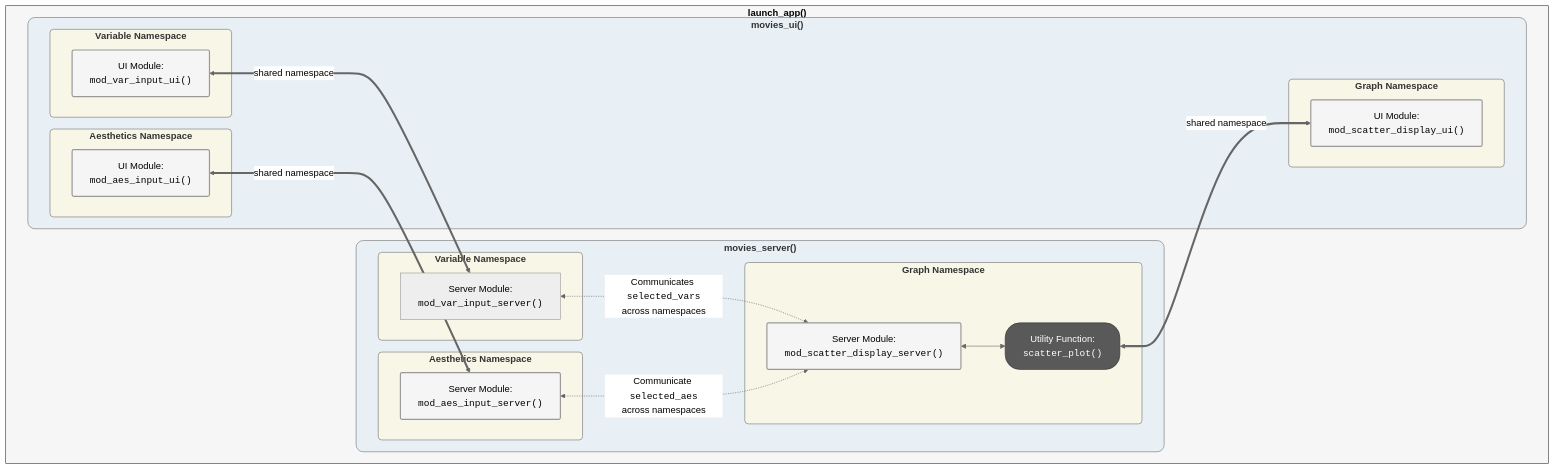
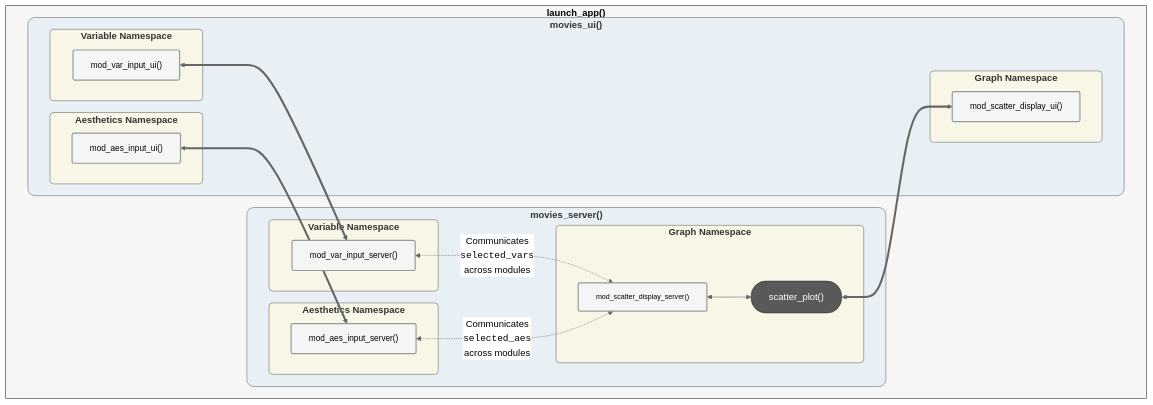
One commit to mjfrigaard/shiny-app-pkgs changed the second of 2 diagrams in logging.qmd. Above: the diagram before and after it, drawn with Mermaid. The commit also changed other lines of this file and 34 other files, not shown here.

````diff
--- a/logging.qmd
+++ b/logging.qmd
@@ -755,59 +796,60 @@
 ```{mermaid}
 %%| fig-align: center
 %%| fig-cap: 'Primary `launch_app()` app'
 %%{init: {'theme': 'neutral', 'themeVariables': { 'fontFamily': 'monospace', "fontSize":"16px"}}}%%
 flowchart TD
     subgraph Launch["<strong>launch_app()</strong>"]
         subgraph Server["<strong>movies_server()</strong>"]
             subgraph VarServerNS["<strong>Variable Namespace<strong>"]
-                VarInpuServer["Server Module:<br><code>mod_var_input_server()</code>"]
+                VarInpuServer["mod_var_input_server()"]
             end
             subgraph AesServerNS["<strong>Aesthetics Namespace<strong>"]
-                AesInpuServer["Server Module:<br><code>mod_aes_input_server()</code>"]
+                AesInpuServer["mod_aes_input_server()"]
             end
             subgraph GraphServerNS["<strong>Graph Namespace<strong>"]
-                DisplayServer["Server Module:<br><code>mod_scatter_display_server()</code>"]
-                PlotUtil["Utility Function:<br><code>scatter_plot()</code>"]
+                DisplayServer["mod_scatter_display_server()"]
+                PlotUtil["scatter_plot()"]
             end
         end
         subgraph UI["<strong>movies_ui()</strong>"]
             subgraph VarUINS["<strong>Variable Namespace<strong>"]
-                VarInpuUI["UI Module:<br><code>mod_var_input_ui()</code>"]
+                VarInpuUI["mod_var_input_ui()"]
             end
             subgraph AesUINS["<strong>Aesthetics Namespace<strong>"]
-                AesInpuUI["UI Module:<br><code>mod_aes_input_ui()</code>"]
+                AesInpuUI["mod_aes_input_ui()"]
             end
             subgraph GraphUINS["<strong>Graph Namespace<strong>"]
-                DisplayUI["UI Module:<br><code>mod_scatter_display_ui()</code>"]
+                DisplayUI["mod_scatter_display_ui()"]
             end
         end
 
-        VarInpuUI <==> |"shared namespace"|VarInpuServer
-        AesInpuUI <==> |"shared namespace"|AesInpuServer
-        DisplayServer <--> PlotUtil <==> |"shared namespace"|DisplayUI
+        VarInpuUI <==> VarInpuServer
+        AesInpuUI <==> AesInpuServer
+        DisplayServer <--> PlotUtil <==> DisplayUI
     end
 
-    VarInpuServer <-.->|"Communicates <code>selected_vars</code><br>across namespaces"| DisplayServer
-    AesInpuServer <-.->|"Communicate <code>selected_aes</code><br>across namespaces"| DisplayServer
+    VarInpuServer <-.->|"Communicates<br><code>selected_vars</code><br>across modules"| DisplayServer
+    AesInpuServer <-.->|"Communicates<br><code>selected_aes</code><br>across modules"| DisplayServer
     
     %% standalone app function 
     style Launch fill:#F6F6F6,color:#000,stroke:#333
     %% modules
-    style VarInpuUI color:#000,fill:#f5f5f5,stroke-width:2px,rx:3,ry:3
-    style AesInpuServer color:#000,fill:#f5f5f5,stroke-width:2px,rx:3,ry:3
-    style AesInpuUI color:#000,fill:#f5f5f5,stroke-width:2px,rx:3,ry:3
-    style DisplayServer color:#000,fill:#f5f5f5,stroke-width:2px,rx:3,ry:3
-    style DisplayUI color:#000,fill:#f5f5f5,stroke-width:2px,rx:3,ry:3
+    style VarInpuUI font-size:14px,color:#000,fill:#f5f5f5,stroke-width:2px,rx:3,ry:3
+    style VarInpuServer font-size:14px,color:#000,fill:#f5f5f5,stroke-width:2px,rx:3,ry:3
+    style AesInpuServer font-size:14px,color:#000,fill:#f5f5f5,stroke-width:2px,rx:3,ry:3
+    style AesInpuUI font-size:14px,color:#000,fill:#f5f5f5,stroke-width:2px,rx:3,ry:3
+    style DisplayServer font-size:12px,color:#000,fill:#f5f5f5,stroke-width:2px,rx:3,ry:3
+    style DisplayUI font-size:14px,color:#000,fill:#f5f5f5,stroke-width:2px,rx:3,ry:3
     %% Utility Functions
     style PlotUtil fill:#595959,color:#FFF,stroke:#333,stroke-width:1px,rx:25,ry:25
     %% namespaces
     style VarServerNS fill:#f8f6e7,stroke-width:1px,rx:6,ry:6
     style VarUINS fill:#f8f6e7,stroke-width:1px,rx:6,ry:6
     style AesServerNS fill:#f8f6e7,stroke-width:1px,rx:6,ry:6
     style AesUINS fill:#f8f6e7,stroke-width:1px,rx:6,ry:6
     style GraphServerNS fill:#f8f6e7,stroke-width:1px,rx:6,ry:6
     style GraphUINS fill:#f8f6e7,stroke-width:1px,rx:6,ry:6
     %% UI and Server
     style Server fill:#e8f0f5,stroke-width:1px,rx:12,ry:12
     style UI fill:#e8f0f5,stroke-width:1px,rx:12,ry:12
 ```
````
